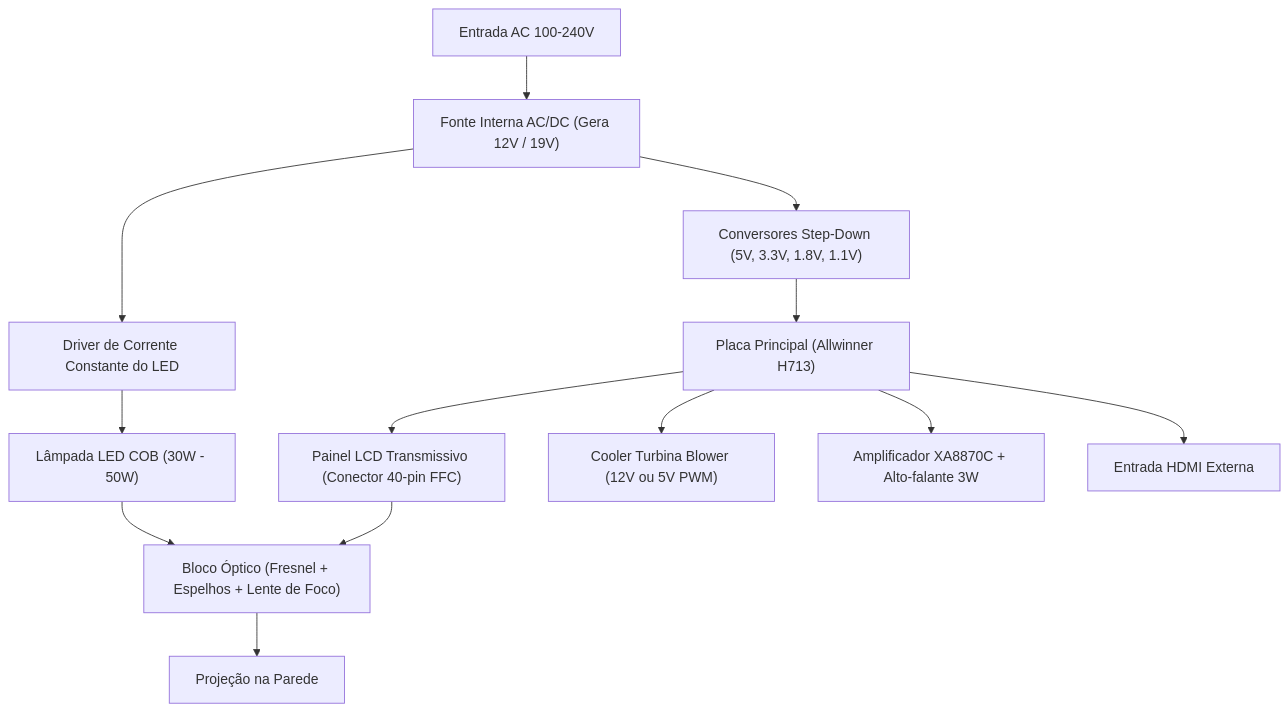
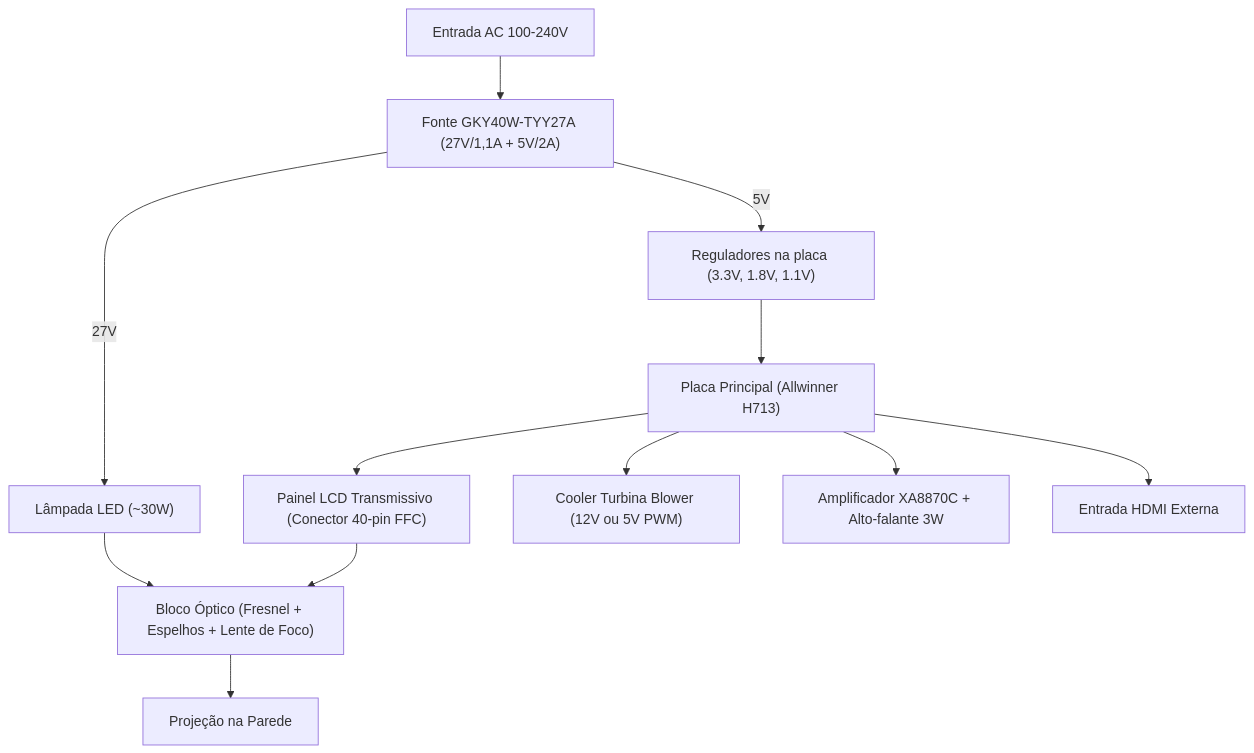
The diagram in docs/HARDWARE_UPGRADE_TVBOX.md (Lekunter/projeto-hy300), drawn with Mermaid before and after one commit. The commit also changed other lines of this file and 9 other files, not shown here.

````diff
--- a/docs/HARDWARE_UPGRADE_TVBOX.md
+++ b/docs/HARDWARE_UPGRADE_TVBOX.md
@@ -11,17 +11,16 @@
 ```mermaid
 flowchart TD
-    AC["Entrada AC 100-240V"] --> PSU["Fonte Interna AC/DC (Gera 12V / 19V)"]
-    PSU --> BUCK["Conversores Step-Down (5V, 3.3V, 1.8V, 1.1V)"]
-    PSU --> LED_DRV["Driver de Corrente Constante do LED"]
-    LED_DRV --> LED_LAMP["Lâmpada LED COB (30W - 50W)"]
+    AC["Entrada AC 100-240V"] --> PSU["Fonte GKY40W-TYY27A (27V/1,1A + 5V/2A)"]
+    PSU -->|5V| BUCK["Reguladores na placa (3.3V, 1.8V, 1.1V)"]
+    PSU -->|27V| LED_LAMP["Lâmpada LED (~30W)"]
     
     BUCK --> MAIN["Placa Principal (Allwinner H713)"]
     MAIN --> LCD["Painel LCD Transmissivo (Conector 40-pin FFC)"]
     MAIN --> FAN["Cooler Turbina Blower (12V ou 5V PWM)"]
     MAIN --> AUDIO["Amplificador XA8870C + Alto-falante 3W"]
     MAIN --> HDMI_IN["Entrada HDMI Externa"]
     
     LED_LAMP --> OPTIC["Bloco Óptico (Fresnel + Espelhos + Lente de Foco)"]
     LCD --> OPTIC
     OPTIC --> PROJ["Projeção na Parede"]
 ```
````
